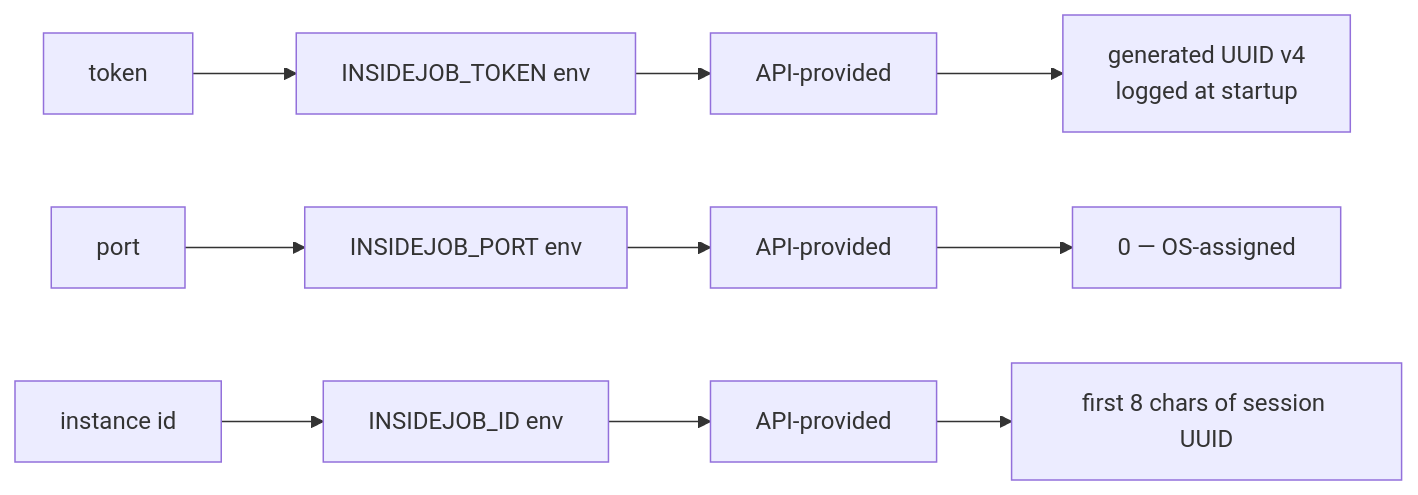
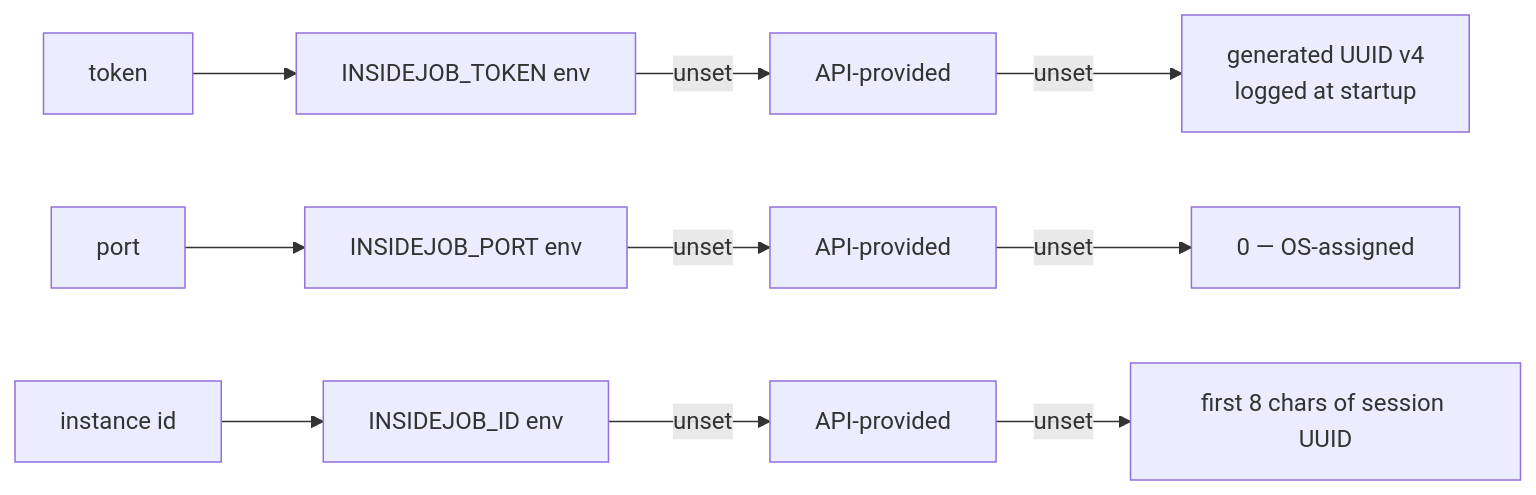
One commit to RoyalPineapple/TheButtonHeist changed the second of 2 diagrams in docs/diagrams/multi-agent-isolation.md. Above: the diagram before and after it, drawn with Mermaid. The commit also changed 5 other files, not shown here.

First line of the commit message:
Polish diagram layouts after visual render review

````diff
--- a/docs/diagrams/multi-agent-isolation.md
+++ b/docs/diagrams/multi-agent-isolation.md
@@ -27,6 +27,6 @@
 ```mermaid
 flowchart LR
-    TOKEN["token"] --> T1["INSIDEJOB_TOKEN env"] --> T2["API-provided"] --> T3["generated UUID v4<br/>logged at startup"]
-    PORT["port"] --> P1["INSIDEJOB_PORT env"] --> P2["API-provided"] --> P3["0 — OS-assigned"]
-    ID["instance id"] --> I1["INSIDEJOB_ID env"] --> I2["API-provided"] --> I3["first 8 chars of session UUID"]
+    TOKEN["token"] --> T1["INSIDEJOB_TOKEN env"] -- "unset" --> T2["API-provided"] -- "unset" --> T3["generated UUID v4<br/>logged at startup"]
+    PORT["port"] --> P1["INSIDEJOB_PORT env"] -- "unset" --> P2["API-provided"] -- "unset" --> P3["0 — OS-assigned"]
+    ID["instance id"] --> I1["INSIDEJOB_ID env"] -- "unset" --> I2["API-provided"] -- "unset" --> I3["first 8 chars of session UUID"]
 ```
````
